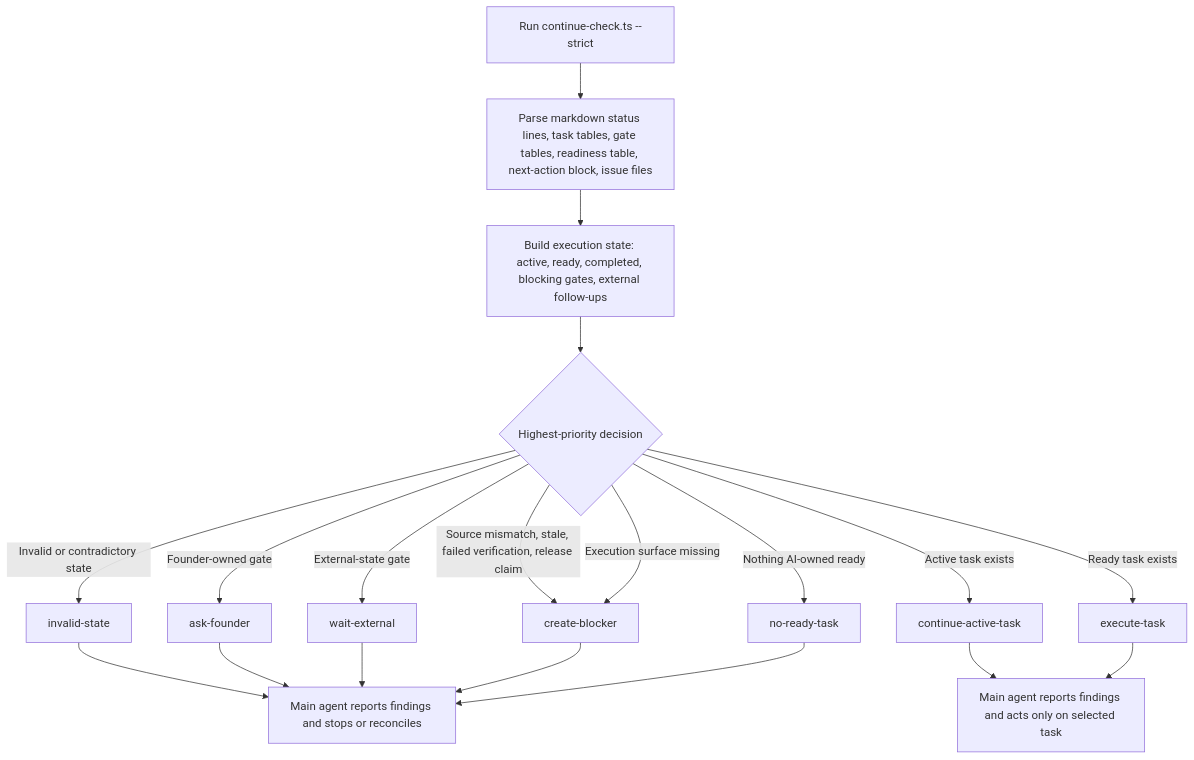
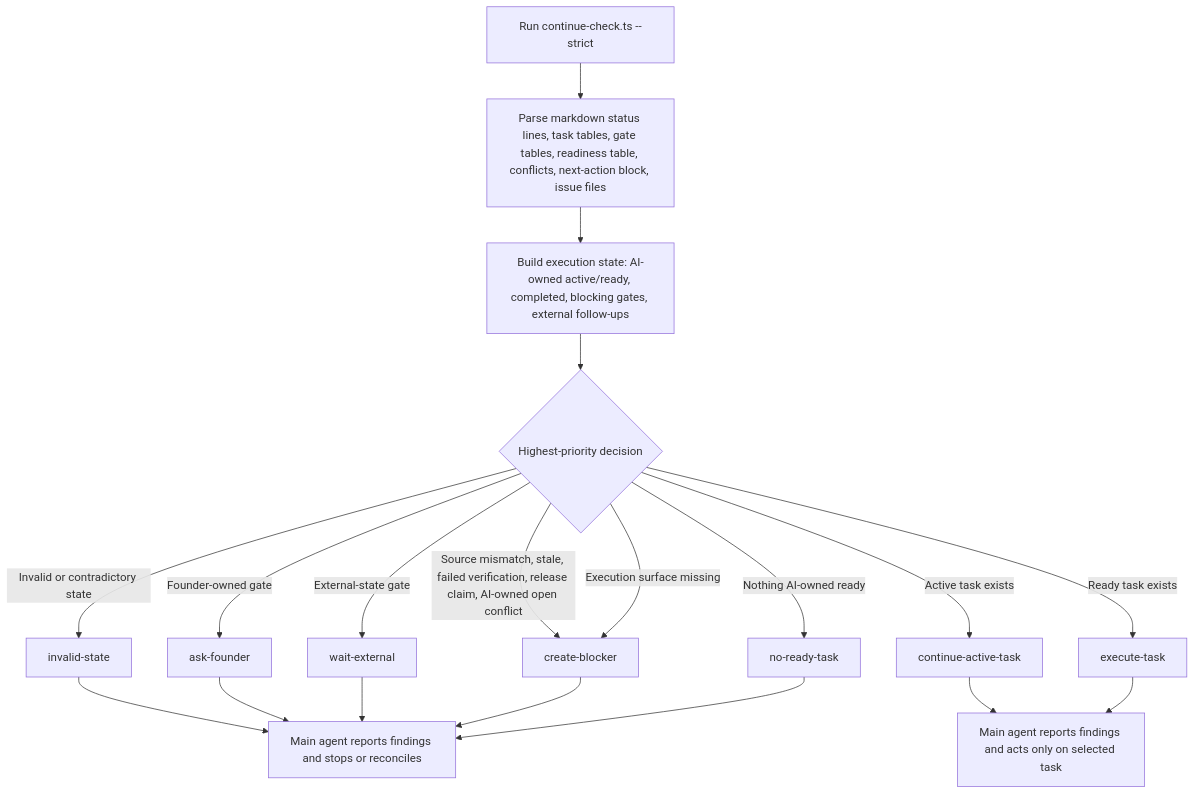
The ninth of 10 diagrams in agent-skills-flow-diagrams.md (pax-k/build-right), drawn with Mermaid before and after one commit. The commit also changed other lines of this file and 15 other files, not shown here.

````diff
--- a/agent-skills-flow-diagrams.md
+++ b/agent-skills-flow-diagrams.md
@@ -295,23 +303,23 @@
 ```mermaid
 flowchart TD
-  A["Run continue-check.ts --strict"] --> B["Parse markdown status lines, task tables, gate tables, readiness table, next-action block, issue files"]
-  B --> C["Build execution state: active, ready, completed, blocking gates, external follow-ups"]
+  A["Run continue-check.ts --strict"] --> B["Parse markdown status lines, task tables, gate tables, readiness table, conflicts, next-action block, issue files"]
+  B --> C["Build execution state: AI-owned active/ready, completed, blocking gates, external follow-ups"]
   C --> D{"Highest-priority decision"}
 
   D -->|"Invalid or contradictory state"| E["invalid-state"]
   D -->|"Founder-owned gate"| F["ask-founder"]
   D -->|"External-state gate"| G["wait-external"]
-  D -->|"Source mismatch, stale, failed verification, release claim"| J["create-blocker"]
+  D -->|"Source mismatch, stale, failed verification, release claim, AI-owned open conflict"| J["create-blocker"]
   D -->|"Active task exists"| H["continue-active-task"]
   D -->|"Ready task exists"| I["execute-task"]
   D -->|"Execution surface missing"| J
   D -->|"Nothing AI-owned ready"| K["no-ready-task"]
 
   E --> L["Main agent reports findings and stops or reconciles"]
   F --> L
   G --> L
   H --> M["Main agent reports findings and acts only on selected task"]
   I --> M
   J --> L
   K --> L
 ```
````
